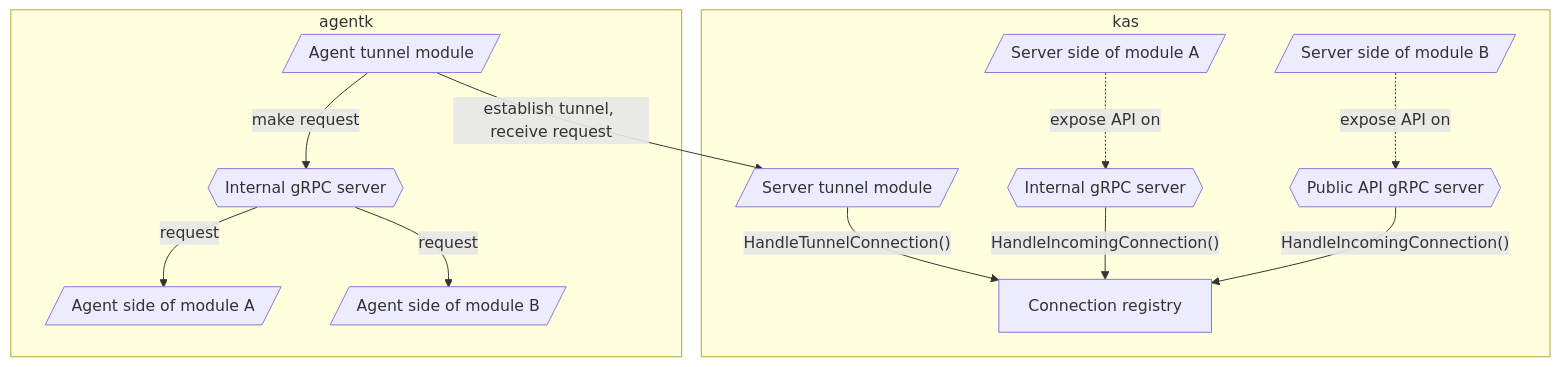
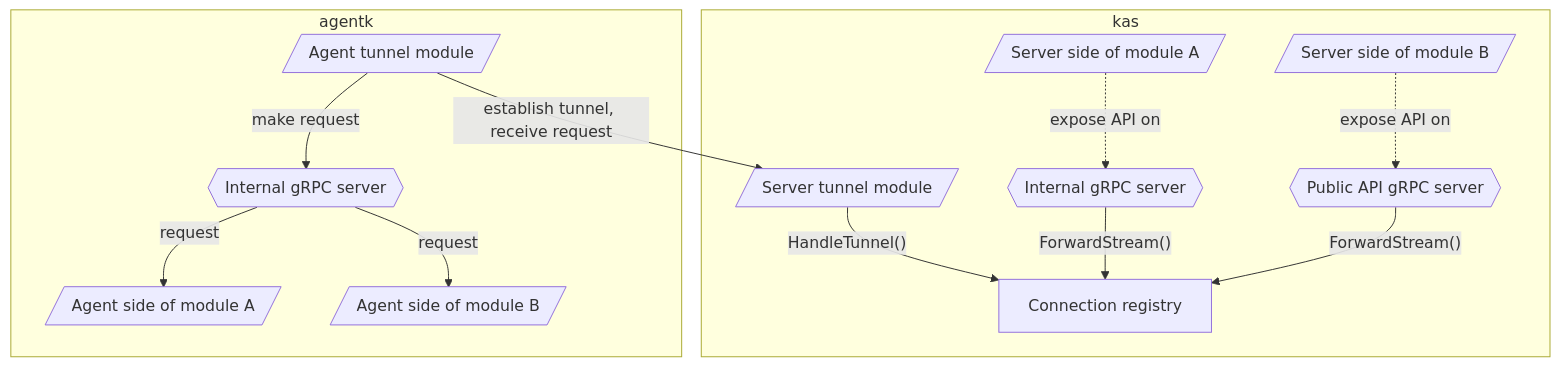
The fourth of 4 diagrams in doc/development/agent/routing.md (mehulagg/gitlab), drawn with Mermaid before and after one commit. The commit also changed other lines of this file, not shown here.

Commit message:
Update diagram and and new link

````diff
--- a/doc/development/agent/routing.md
+++ b/doc/development/agent/routing.md
@@ -197,28 +198,28 @@
 ```mermaid
 graph TB
     subgraph kas
         server-tunnel-module[/Server tunnel module/]
         connection-registry[Connection registry]
         server-internal-grpc-server{{Internal gRPC server}}
         server-api-grpc-server{{Public API gRPC server}}
         server-module-a[/Server side of module A/]
         server-module-b[/Server side of module B/]
     end
     subgraph agentk
         agent-internal-grpc-server{{Internal gRPC server}}
         agent-tunnel-module[/Agent tunnel module/]
         agent-module-a[/Agent side of module A/]
         agent-module-b[/Agent side of module B/]
     end
 
-    server-tunnel-module -- "HandleTunnelConnection()" --> connection-registry
-    server-internal-grpc-server -- "HandleIncomingConnection()" --> connection-registry
-    server-api-grpc-server -- "HandleIncomingConnection()" --> connection-registry
+    server-tunnel-module -- "HandleTunnel()" --> connection-registry
+    server-internal-grpc-server -- "ForwardStream()" --> connection-registry
+    server-api-grpc-server -- "ForwardStream()" --> connection-registry
     server-module-a-. expose API on .-> server-internal-grpc-server
     server-module-b-. expose API on .-> server-api-grpc-server
 
     agent-tunnel-module -- "establish tunnel, receive request" --> server-tunnel-module
     agent-tunnel-module -- make request --> agent-internal-grpc-server
     agent-internal-grpc-server -- request --> agent-module-a
     agent-internal-grpc-server -- request --> agent-module-b
 ```
````
